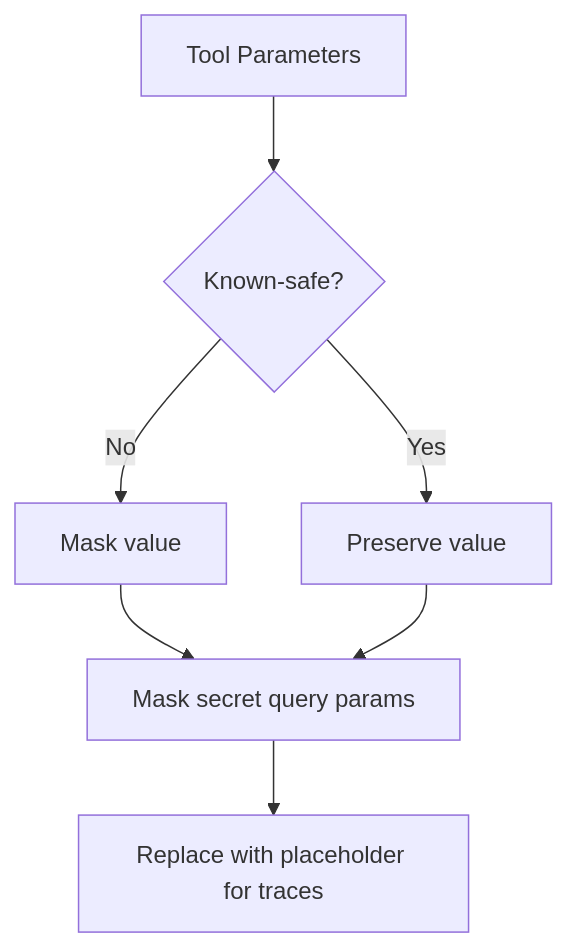
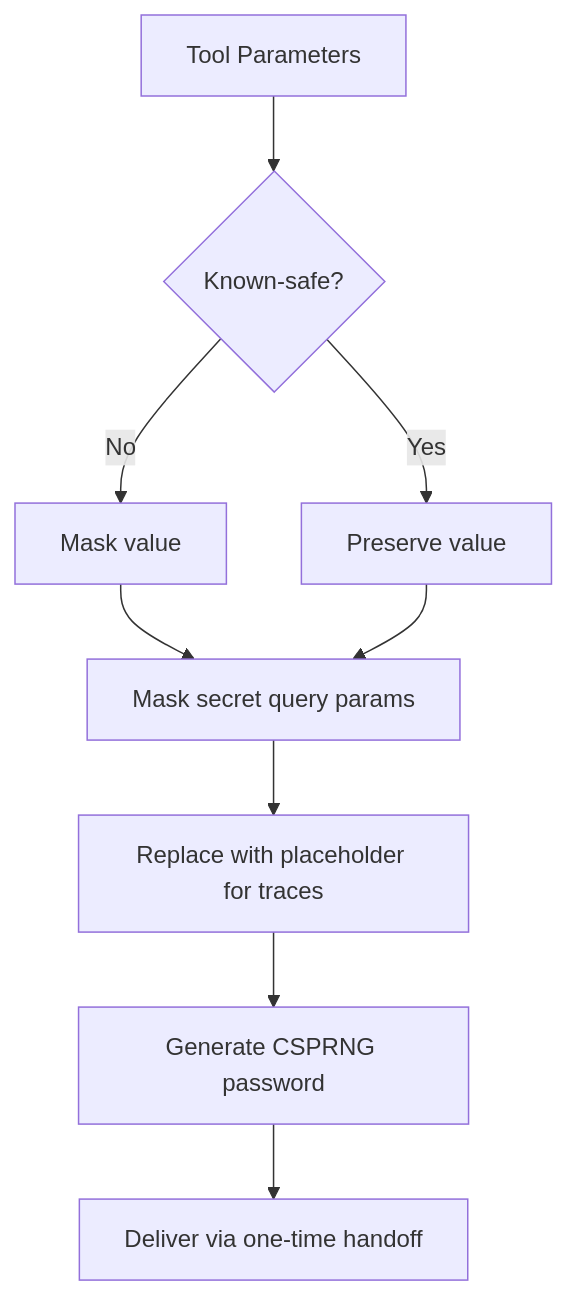
The fifth of 11 diagrams in .qoder/repowiki/en/content/Tool Execution Framework/Security and Access Control.md (metasync/luban-aiops), drawn with Mermaid before and after one commit. The commit also changed other lines of this file and 56 other files, not shown here.

````diff
--- a/.qoder/repowiki/en/content/Tool Execution Framework/Security and Access Control.md
+++ b/.qoder/repowiki/en/content/Tool Execution Framework/Security and Access Control.md
@@ -245,15 +271,19 @@
 ```mermaid
 flowchart TD
 Params["Tool Parameters"]
 MaskCheck{"Known-safe?"}
 Masked["Mask value"]
 Preserve["Preserve value"]
 URLMask["Mask secret query params"]
 TracePlace["Replace with placeholder for traces"]
+GenPassword["Generate CSPRNG password"]
+DeliverSecret["Deliver via one-time handoff"]
 Params --> MaskCheck
 MaskCheck --> |Yes| Preserve
 MaskCheck --> |No| Masked
 Masked --> URLMask
 Preserve --> URLMask
 URLMask --> TracePlace
+TracePlace --> GenPassword
+GenPassword --> DeliverSecret
 ```
````
